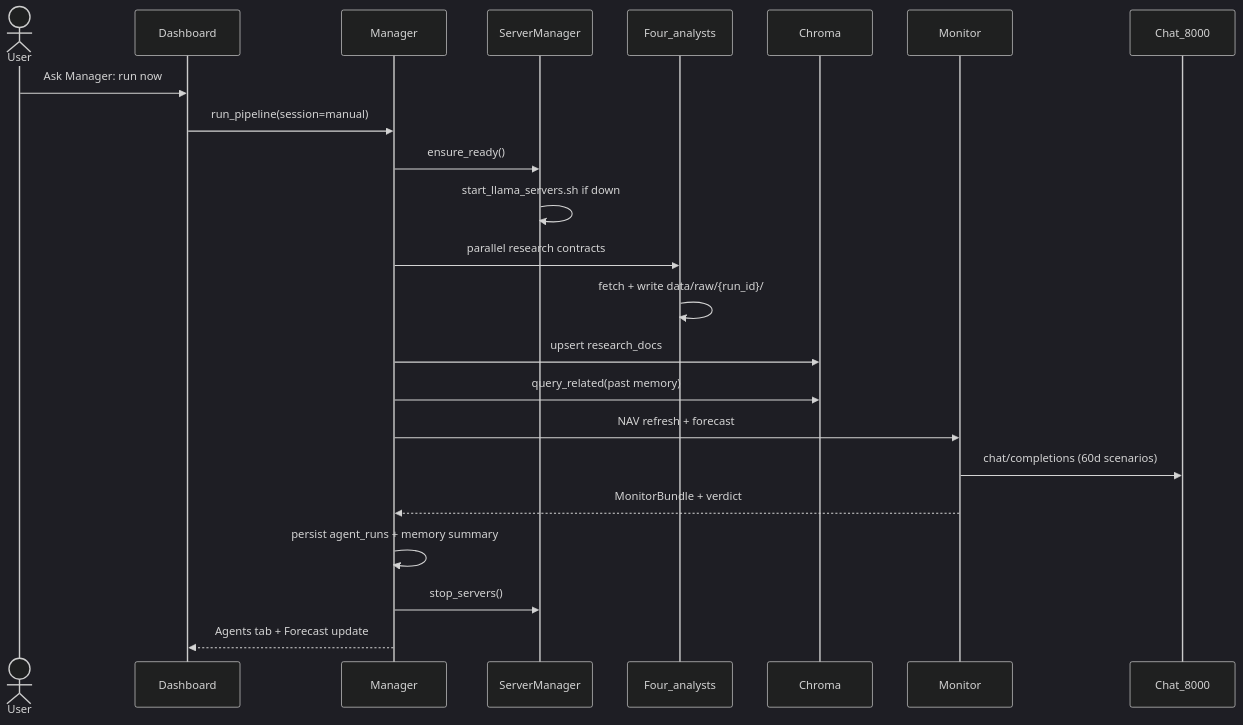
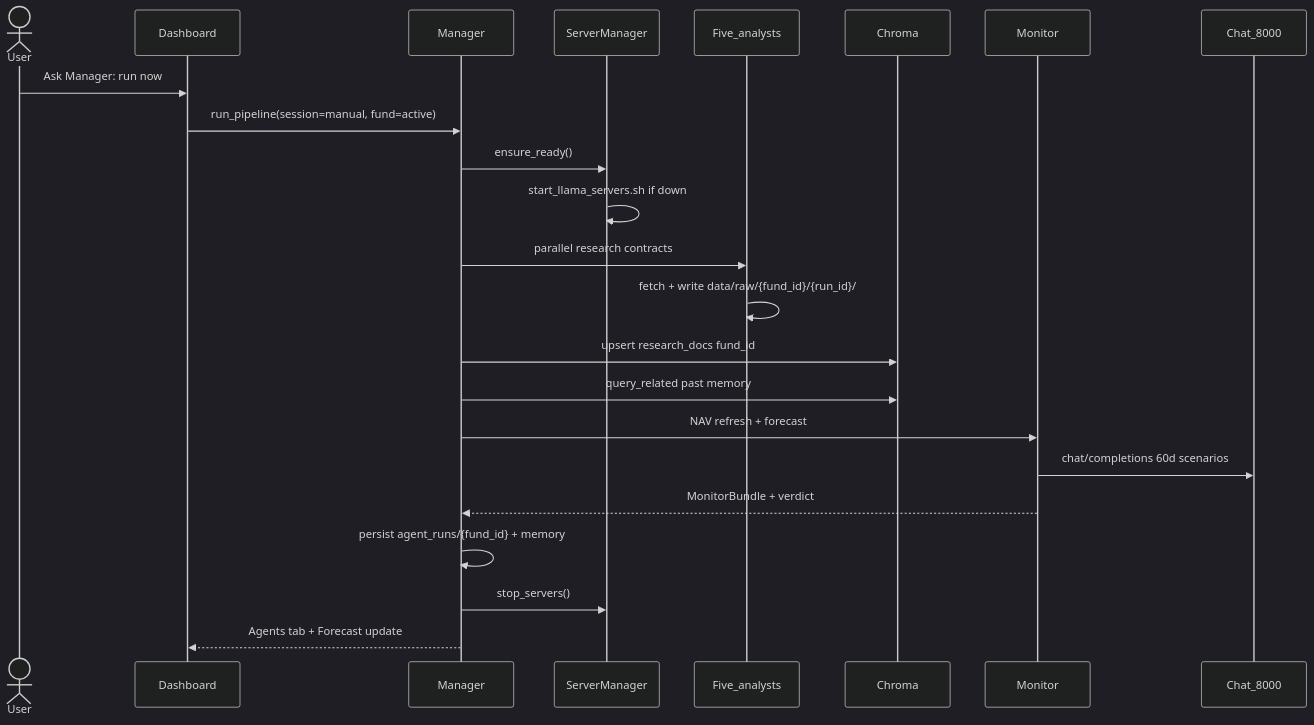
One commit to psunil0001-sys/revops changed the third of 7 diagrams in README.md. Above: the diagram before and after it, drawn with Mermaid (dark theme). The commit also changed other lines of this file and 27 other files, not shown here.

````diff
--- a/README.md
+++ b/README.md
@@ -65,26 +150,26 @@
 ```mermaid
 sequenceDiagram
   actor User
   participant UI as Dashboard
   participant Mgr as Manager
   participant Srv as ServerManager
-  participant A as Four_analysts
+  participant A as Five_analysts
   participant Ch as Chroma
   participant Mon as Monitor
   participant LLM as Chat_8000
 
   User->>UI: Ask Manager: run now
-  UI->>Mgr: run_pipeline(session=manual)
+  UI->>Mgr: run_pipeline(session=manual, fund=active)
   Mgr->>Srv: ensure_ready()
   Srv->>Srv: start_llama_servers.sh if down
   Mgr->>A: parallel research contracts
-  A->>A: fetch + write data/raw/{run_id}/
-  Mgr->>Ch: upsert research_docs
-  Mgr->>Ch: query_related(past memory)
+  A->>A: fetch + write data/raw/{fund_id}/{run_id}/
+  Mgr->>Ch: upsert research_docs fund_id
+  Mgr->>Ch: query_related past memory
   Mgr->>Mon: NAV refresh + forecast
-  Mon->>LLM: chat/completions (60d scenarios)
+  Mon->>LLM: chat/completions 60d scenarios
   Mon-->>Mgr: MonitorBundle + verdict
-  Mgr->>Mgr: persist agent_runs + memory summary
+  Mgr->>Mgr: persist agent_runs/{fund_id} + memory
   Mgr->>Srv: stop_servers()
   Mgr-->>UI: Agents tab + Forecast update
 ```
````
